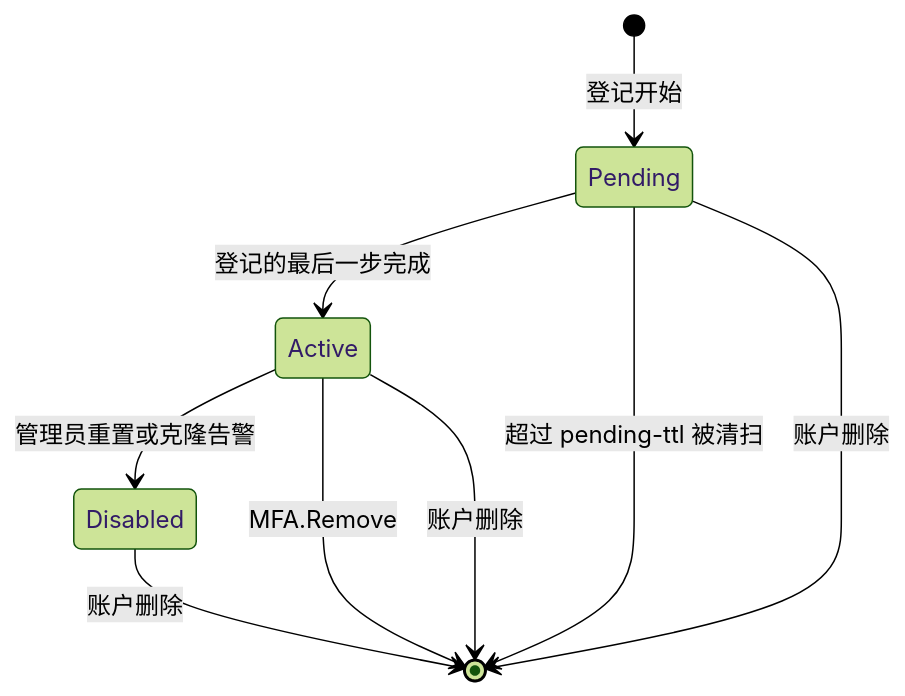
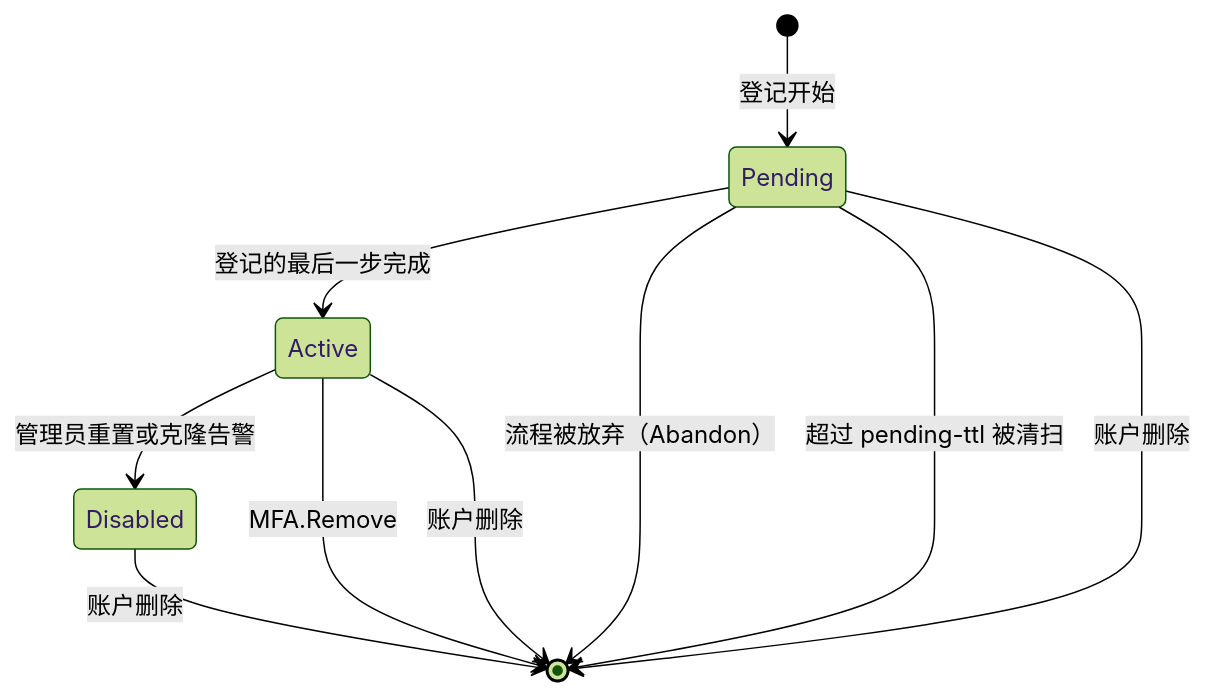
One commit to wangzw/speed changed the second of 4 diagrams in docs/design/modules/authn/design-authn-mfa.md. Above: the diagram before and after it, drawn with Mermaid (forest theme). The commit also changed other lines of this file and 3 other files, not shown here.

First line of the commit message:
fix(authn): drop a registration's pending row when its flow is abandoned

````diff
--- a/docs/design/modules/authn/design-authn-mfa.md
+++ b/docs/design/modules/authn/design-authn-mfa.md
@@ -272,11 +274,12 @@
 ```mermaid
 stateDiagram-v2
     [*] --> Pending : 登记开始
     Pending --> Active : 登记的最后一步完成
+    Pending --> [*] : 流程被放弃（Abandon）
     Pending --> [*] : 超过 pending-ttl 被清扫
     Active --> Disabled : 管理员重置或克隆告警
     Active --> [*] : MFA.Remove
     Pending --> [*] : 账户删除
     Active --> [*] : 账户删除
     Disabled --> [*] : 账户删除
 ```
````
